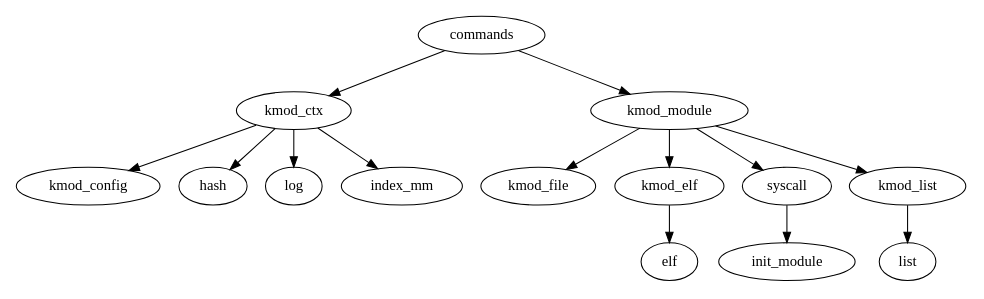
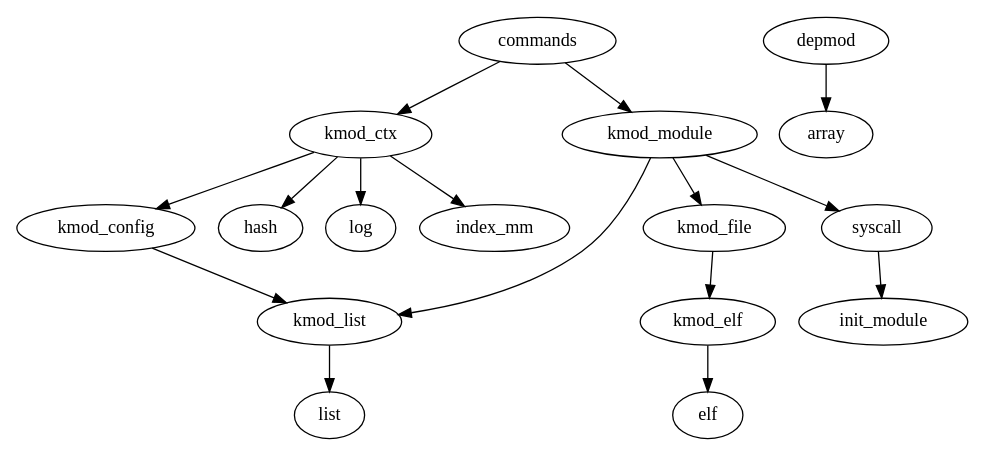
The diagram in pdf/figures/sys.dot (limingth/comment-subs), drawn with Graphviz before and after one commit. The commit also changed 49 other files, not shown here.

```diff
--- a/pdf/figures/sys.dot
+++ b/pdf/figures/sys.dot
@@ -1,24 +1,25 @@
 digraph G {
 
 	size="8, 8";  
 
 	commands -> kmod_ctx;
 	commands -> kmod_module;
+	depmod -> array;
 
-	kmod_ctx -> kmod_config;
+	kmod_ctx -> kmod_config -> kmod_list;
 	kmod_ctx -> hash;
 	kmod_ctx -> log;
 	kmod_ctx -> index_mm;
 
 	kmod_module -> kmod_file;
-	kmod_module -> kmod_elf;
 	kmod_module -> syscall;
 
 	syscall -> init_module;
 
 	kmod_module -> kmod_list;
 
+	kmod_file -> kmod_elf;
 	kmod_elf -> elf;
 	kmod_list -> list;
 
 }
```
